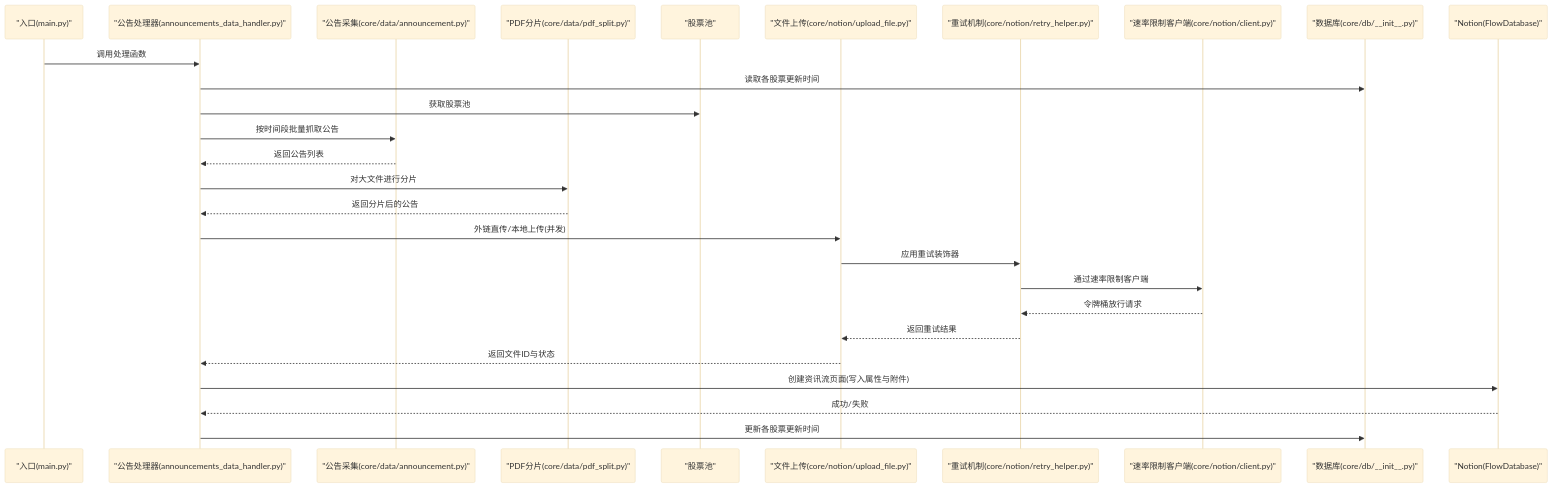
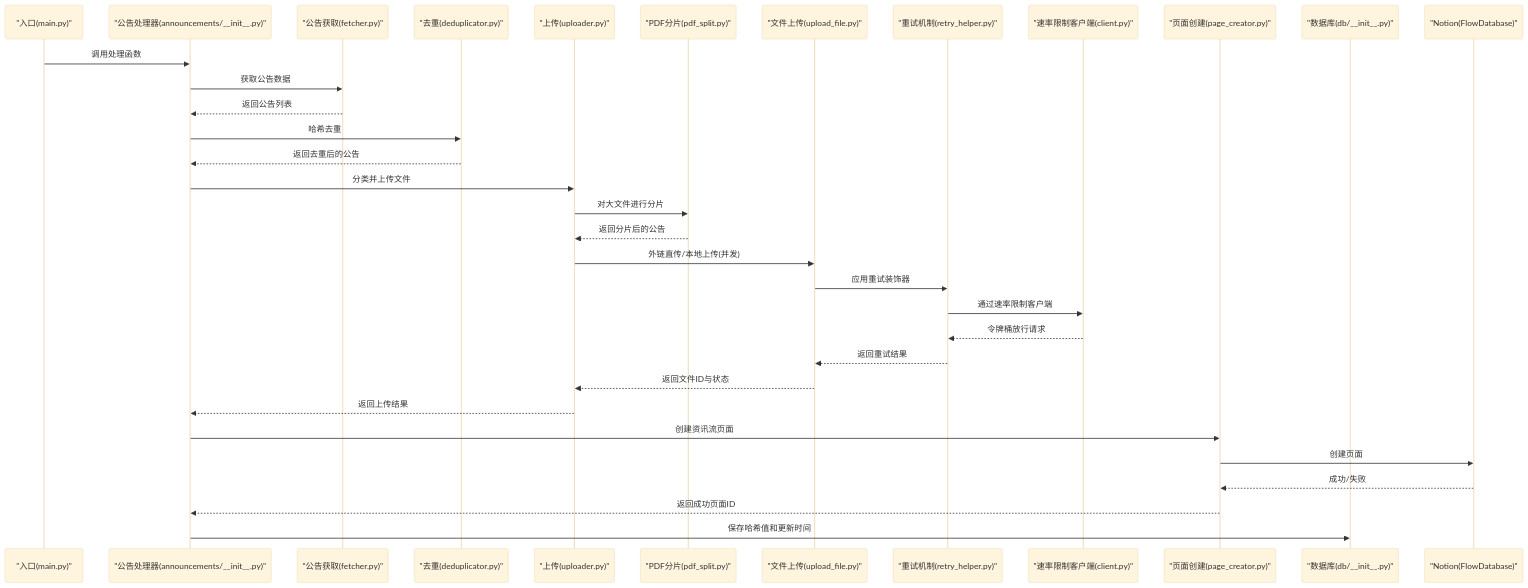
One commit to iverwong/DataLife changed the second of 5 diagrams in .qoder/repowiki/zh/content/核心模块详解/Notion集成模块/Notion集成模块.md. Above: the diagram before and after it, drawn with Mermaid (base theme). The commit also changed other lines of this file and 14 other files, not shown here.

````diff
--- a/.qoder/repowiki/zh/content/核心模块详解/Notion集成模块/Notion集成模块.md
+++ b/.qoder/repowiki/zh/content/核心模块详解/Notion集成模块/Notion集成模块.md
@@ -131,29 +150,35 @@
 ```mermaid
 sequenceDiagram
 participant Entrypoint as "入口(main.py)"
-participant Handler as "公告处理器(announcements_data_handler.py)"
-participant Data as "公告采集(core/data/announcement.py)"
-participant Split as "PDF分片(core/data/pdf_split.py)"
-participant Pool as "股票池"
-participant Up as "文件上传(core/notion/upload_file.py)"
-participant Retry as "重试机制(core/notion/retry_helper.py)"
-participant Client as "速率限制客户端(core/notion/client.py)"
-participant DB as "数据库(core/db/__init__.py)"
+participant Handler as "公告处理器(announcements/__init__.py)"
+participant Fetcher as "公告获取(fetcher.py)"
+participant Deduplicator as "去重(deduplicator.py)"
+participant Uploader as "上传(uploader.py)"
+participant Split as "PDF分片(pdf_split.py)"
+participant Up as "文件上传(upload_file.py)"
+participant Retry as "重试机制(retry_helper.py)"
+participant Client as "速率限制客户端(client.py)"
+participant PageCreator as "页面创建(page_creator.py)"
+participant DB as "数据库(db/__init__.py)"
 participant Notion as "Notion(FlowDatabase)"
 Entrypoint->>Handler : 调用处理函数
-Handler->>DB : 读取各股票更新时间
-Handler->>Pool : 获取股票池
-Handler->>Data : 按时间段批量抓取公告
-Data-->>Handler : 返回公告列表
-Handler->>Split : 对大文件进行分片
-Split-->>Handler : 返回分片后的公告
-Handler->>Up : 外链直传/本地上传(并发)
+Handler->>Fetcher : 获取公告数据
+Fetcher-->>Handler : 返回公告列表
+Handler->>Deduplicator : 哈希去重
+Deduplicator-->>Handler : 返回去重后的公告
+Handler->>Uploader : 分类并上传文件
+Uploader->>Split : 对大文件进行分片
+Split-->>Uploader : 返回分片后的公告
+Uploader->>Up : 外链直传/本地上传(并发)
 Up->>Retry : 应用重试装饰器
 Retry->>Client : 通过速率限制客户端
 Client-->>Retry : 令牌桶放行请求
 Retry-->>Up : 返回重试结果
-Up-->>Handler : 返回文件ID与状态
-Handler->>Notion : 创建资讯流页面(写入属性与附件)
-Notion-->>Handler : 成功/失败
-Handler->>DB : 更新各股票更新时间
+Up-->>Uploader : 返回文件ID与状态
+Uploader-->>Handler : 返回上传结果
+Handler->>PageCreator : 创建资讯流页面
+PageCreator->>Notion : 创建页面
+Notion-->>PageCreator : 成功/失败
+PageCreator-->>Handler : 返回成功页面ID
+Handler->>DB : 保存哈希值和更新时间
 ```
````
